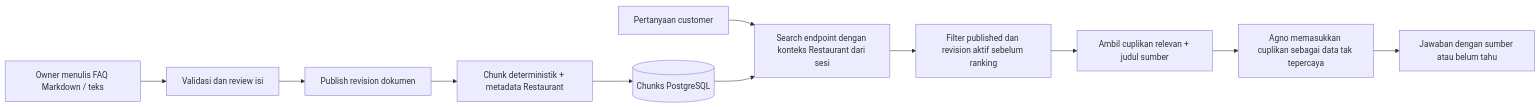
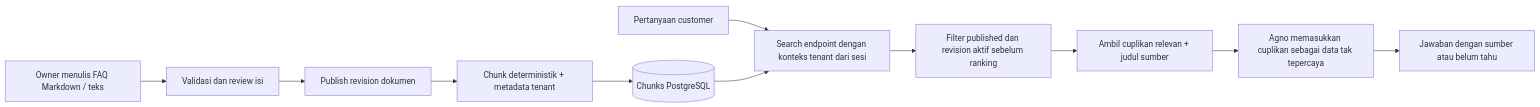
The eighth of 10 diagrams in PRD — Restaurant Assistant MVP.md (wisnufadhillah/Restaurant-Mulit-Tenant), drawn with Mermaid before and after one commit. The commit also changed other lines of this file and 1 other file, not shown here.

````diff
--- a/PRD — Restaurant Assistant MVP.md
+++ b/PRD — Restaurant Assistant MVP.md
@@ -528,13 +595,13 @@
 ```mermaid
 flowchart LR
     O[Owner menulis FAQ Markdown / teks] --> V[Validasi dan review isi]
     V --> P[Publish revision dokumen]
-    P --> C[Chunk deterministik + metadata Restaurant]
+    P --> C[Chunk deterministik + metadata tenant]
     C --> K[(Chunks PostgreSQL)]
-    Q[Pertanyaan customer] --> S[Search endpoint dengan konteks Restaurant dari sesi]
+    Q[Pertanyaan customer] --> S[Search endpoint dengan konteks tenant dari sesi]
     K --> S
     S --> F[Filter published dan revision aktif sebelum ranking]
     F --> R[Ambil cuplikan relevan + judul sumber]
     R --> A[Agno memasukkan cuplikan sebagai data tak tepercaya]
     A --> J[Jawaban dengan sumber atau belum tahu]
 ```
````
